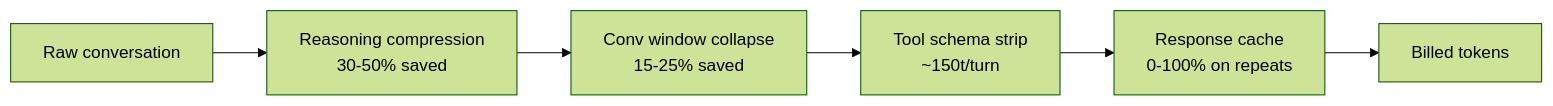
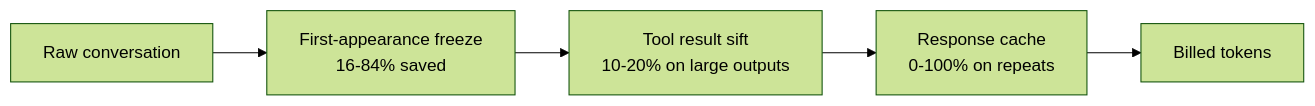
One commit to Reliary/reliary-agent changed the first of 5 diagrams in README.md. Above: the diagram before and after it, drawn with Mermaid (forest theme). The commit also changed other lines of this file and 1 other file, not shown here.

First line of the commit message:
docs: v0.4.0 docs — redirect sandbox, guard on by default, sift everywhere

````diff
--- a/README.md
+++ b/README.md
@@ -59,8 +58,7 @@
 ```mermaid
 flowchart LR
-    A[Raw conversation] --> B[Reasoning compression<br/>30-50% saved]
-    B --> C[Conv window collapse<br/>15-25% saved]
-    C --> D[Tool schema strip<br/>~150t/turn]
-    D --> E[Response cache<br/>0-100% on repeats]
-    E --> F[Billed tokens]
+    A[Raw conversation] --> B[First-appearance freeze<br/>16-84% saved]
+    B --> C[Tool result sift<br/>10-20% on large outputs]
+    C --> D[Response cache<br/>0-100% on repeats]
+    D --> E[Billed tokens]
 ```
````
